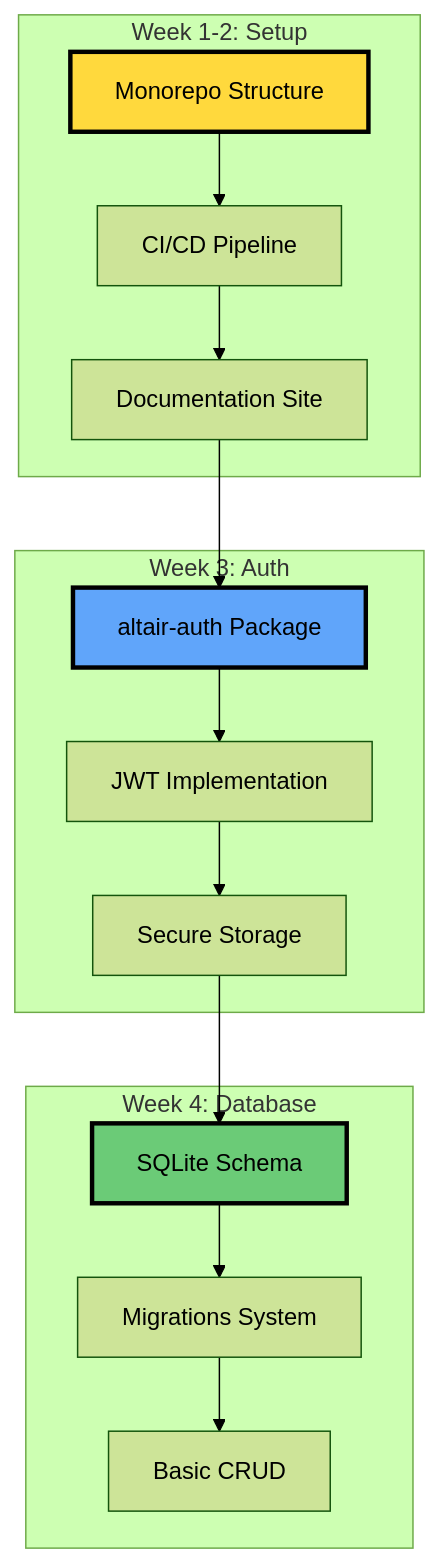
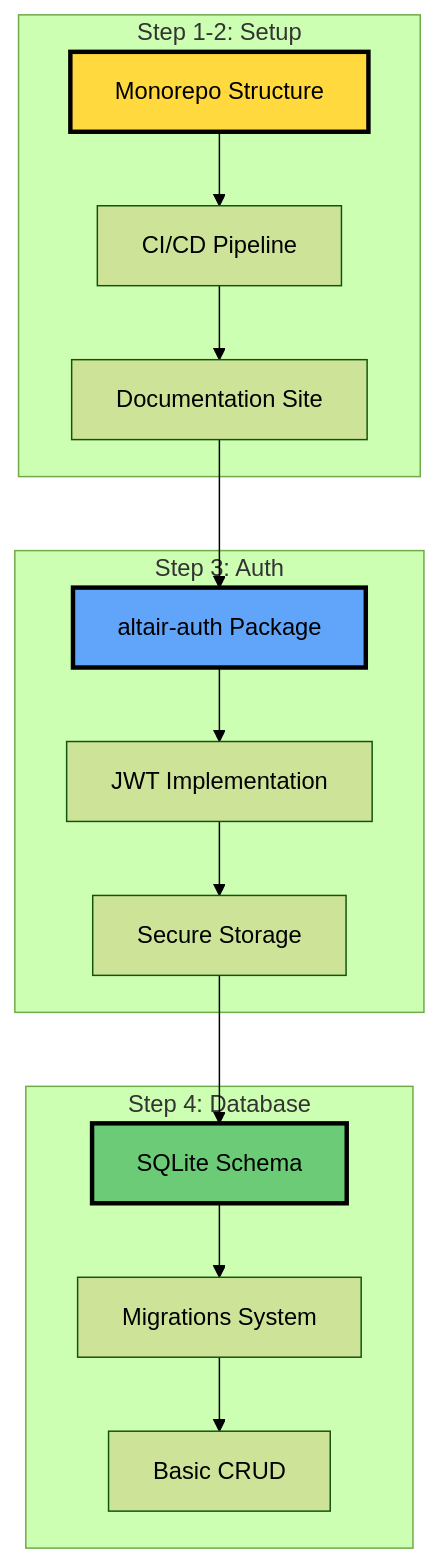
One commit to getaltair/altair changed the second of 6 diagrams in docs/DEVELOPMENT-ROADMAP.md. Above: the diagram before and after it, drawn with Mermaid (forest theme). The commit also changed other lines of this file and 56 other files, not shown here.

````diff
--- a/docs/DEVELOPMENT-ROADMAP.md
+++ b/docs/DEVELOPMENT-ROADMAP.md
@@ -75,30 +80,30 @@
 ```mermaid
 graph TB
-    subgraph "Week 1-2: Setup"
+    subgraph "Step 1-2: Setup"
         A1[Monorepo Structure]
         A2[CI/CD Pipeline]
         A3[Documentation Site]
     end
 
-    subgraph "Week 3: Auth"
+    subgraph "Step 3: Auth"
         B1[altair-auth Package]
         B2[JWT Implementation]
         B3[Secure Storage]
     end
 
-    subgraph "Week 4: Database"
+    subgraph "Step 4: Database"
         C1[SQLite Schema]
         C2[Migrations System]
         C3[Basic CRUD]
     end
 
     A1 --> A2 --> A3
     A3 --> B1
     B1 --> B2 --> B3
     B3 --> C1
     C1 --> C2 --> C3
 
     style A1 fill:#FFD93D,stroke:#000,stroke-width:3px
     style B1 fill:#60A5FA,stroke:#000,stroke-width:3px
     style C1 fill:#6BCB77,stroke:#000,stroke-width:3px
 ```
````
